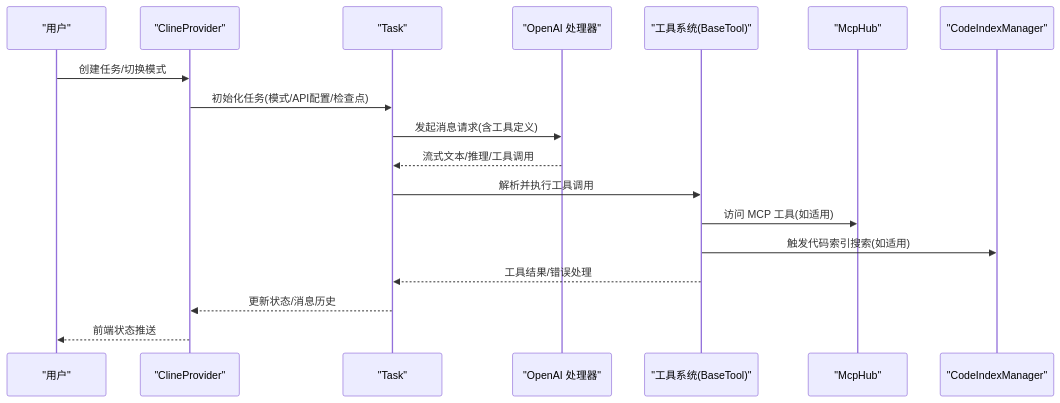
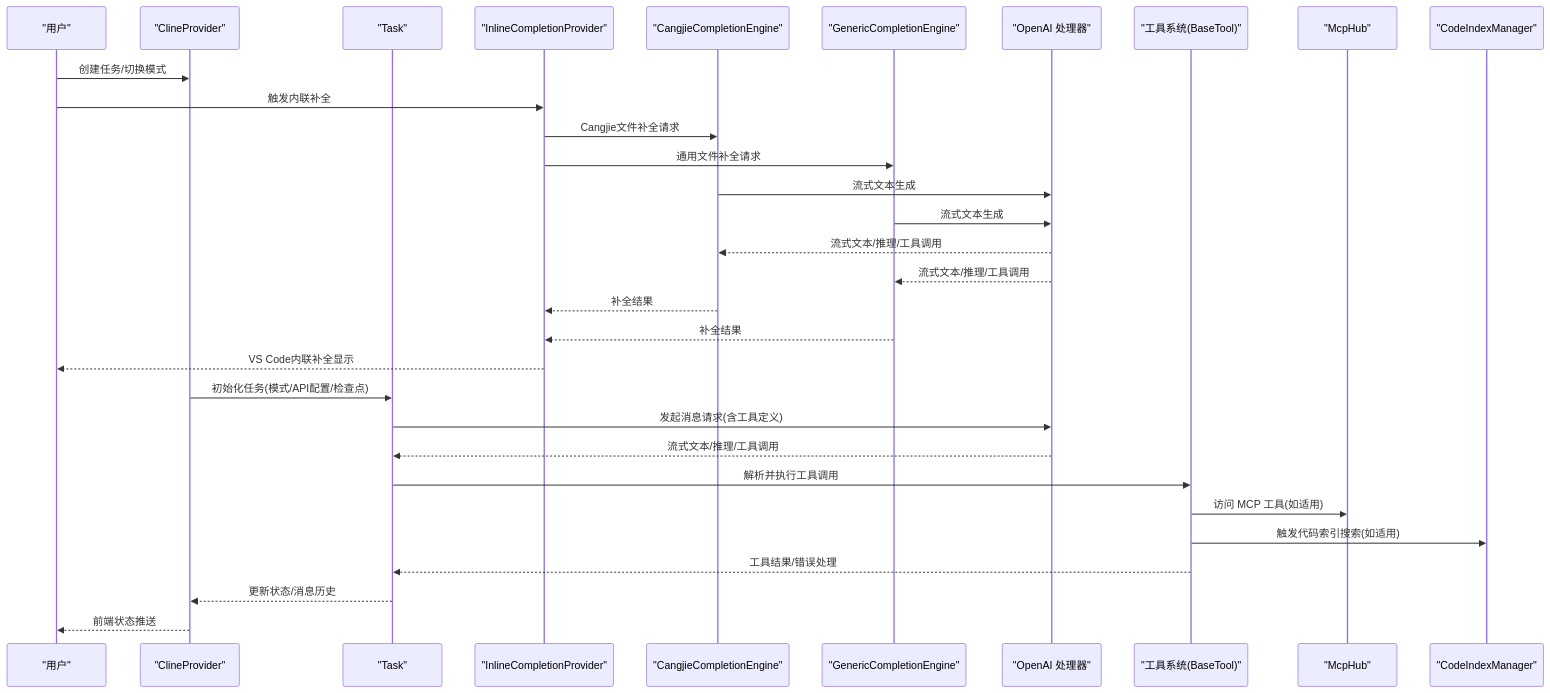
One commit to JunjieChen0/NJUST changed the second of 10 diagrams in .qoder/repowiki/zh/content/核心功能/核心功能.md. Above: the diagram before and after it, drawn with Mermaid. The commit also changed other lines of this file and 402 other files, not shown here.

````diff
--- a/.qoder/repowiki/zh/content/核心功能/核心功能.md
+++ b/.qoder/repowiki/zh/content/核心功能/核心功能.md
@@ -139,20 +197,33 @@
 ```mermaid
 sequenceDiagram
 participant U as "用户"
 participant CP as "ClineProvider"
 participant T as "Task"
+participant ICP as "InlineCompletionProvider"
+participant CCE as "CangjieCompletionEngine"
+participant GCE as "GenericCompletionEngine"
 participant OA as "OpenAI 处理器"
 participant BT as "工具系统(BaseTool)"
 participant MH as "McpHub"
 participant CIM as "CodeIndexManager"
 U->>CP : 创建任务/切换模式
+U->>ICP : 触发内联补全
+ICP->>CCE : Cangjie文件补全请求
+ICP->>GCE : 通用文件补全请求
+CCE->>OA : 流式文本生成
+GCE->>OA : 流式文本生成
+OA-->>CCE : 流式文本/推理/工具调用
+OA-->>GCE : 流式文本/推理/工具调用
+CCE-->>ICP : 补全结果
+GCE-->>ICP : 补全结果
+ICP-->>U : VS Code内联补全显示
 CP->>T : 初始化任务(模式/API配置/检查点)
 T->>OA : 发起消息请求(含工具定义)
 OA-->>T : 流式文本/推理/工具调用
 T->>BT : 解析并执行工具调用
 BT->>MH : 访问 MCP 工具(如适用)
 BT->>CIM : 触发代码索引搜索(如适用)
 BT-->>T : 工具结果/错误处理
 T-->>CP : 更新状态/消息历史
 CP-->>U : 前端状态推送
 ```
````
